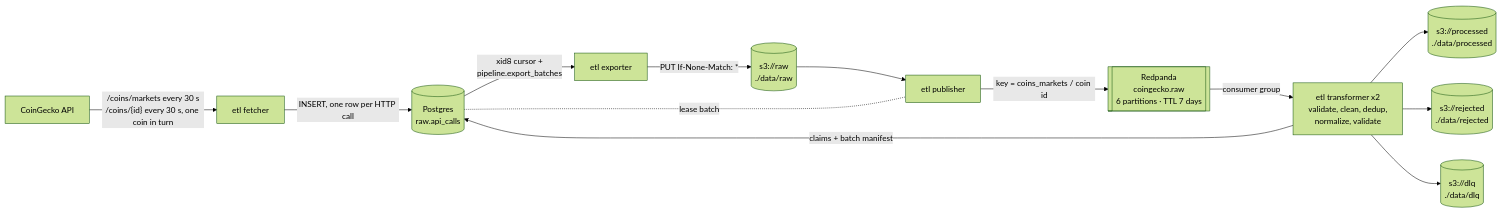
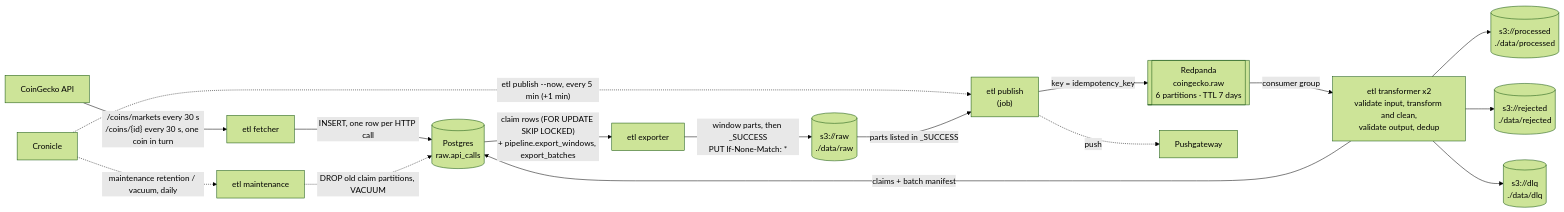
Before and after one commit to earlyr1/coingecko-etl: the diagram in README.md, drawn with Mermaid (forest theme). The commit also changed other lines of this file and 17 other files, not shown here.

First line of the commit message:
docs: describe windowed export and publish, SKIP LOCKED claim and processing-time names

````diff
--- a/README.md
+++ b/README.md
@@ -28,15 +42,18 @@
 ```mermaid
 flowchart LR
     CG[CoinGecko API] -->|"/coins/markets every 30 s<br/>/coins/{id} every 30 s, one coin in turn"| F[etl fetcher]
     F -->|"INSERT, one row per HTTP call"| PG[("Postgres<br/>raw.api_calls")]
-    PG -->|"xid8 cursor +<br/>pipeline.export_batches"| E[etl exporter]
-    E -->|"PUT If-None-Match: *"| RAW[("s3://raw<br/>./data/raw")]
-    RAW --> P[etl publisher]
-    PG -. "lease batch" .- P
-    P -->|"key = coins_markets / coin id"| K[["Redpanda<br/>coingecko.raw<br/>6 partitions · TTL 7 days"]]
-    K -->|consumer group| T["etl transformer x2<br/>validate, clean, dedup,<br/>normalize, validate"]
+    PG -->|"claim rows (FOR UPDATE SKIP LOCKED)<br/>+ pipeline.export_windows, export_batches"| E[etl exporter]
+    E -->|"window parts, then _SUCCESS<br/>PUT If-None-Match: *"| RAW[("s3://raw<br/>./data/raw")]
+    S[Cronicle] -. "etl publish --now, every 5 min (+1 min)" .-> P["etl publish<br/>(job)"]
+    RAW -->|"parts listed in _SUCCESS"| P
+    P -->|"key = idempotency_key"| K[["Redpanda<br/>coingecko.raw<br/>6 partitions · TTL 7 days"]]
+    P -. push .-> PGW[Pushgateway]
+    S -. "maintenance retention / vacuum, daily" .-> M[etl maintenance]
+    M -. "DROP old claim partitions, VACUUM" .-> PG
+    K -->|consumer group| T["etl transformer x2<br/>validate input, transform and clean,<br/>validate output, dedup"]
     T -->|claims + batch manifest| PG
     T --> PROC[("s3://processed<br/>./data/processed")]
     T --> REJ[("s3://rejected<br/>./data/rejected")]
     T --> DLQ[("s3://dlq<br/>./data/dlq")]
 ```
````
